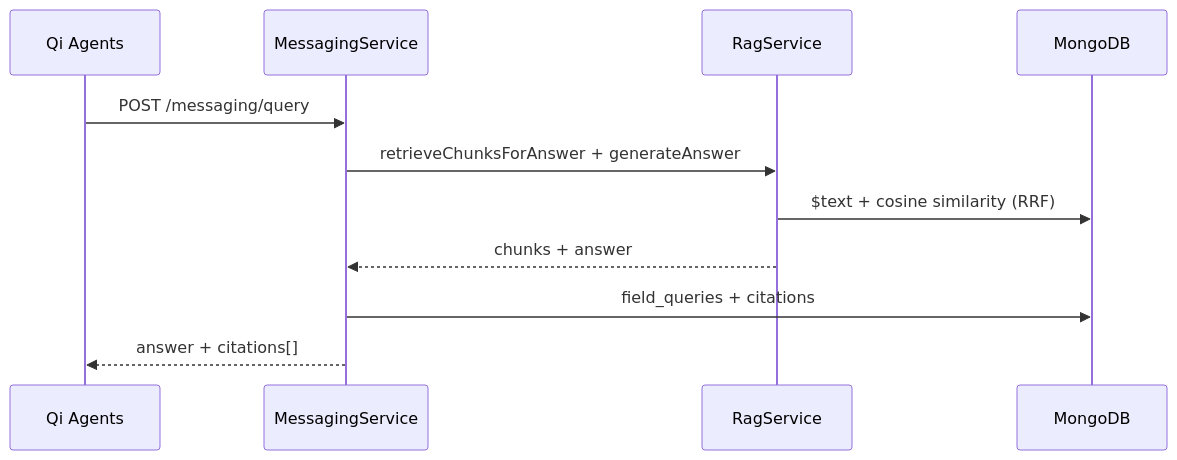
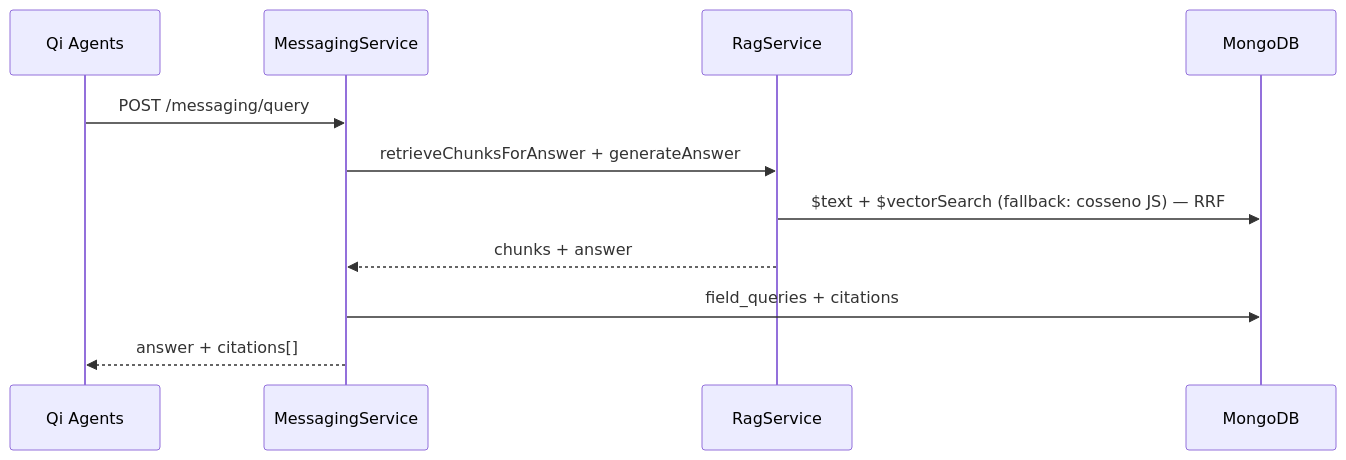
Before and after one commit to rflsc/qi-conhecimento: the second of 2 diagrams in docs/architecture/messaging.md, drawn with Mermaid. The commit also changed other lines of this file and 7 other files, not shown here.

First line of the commit message:
perf(rag): use Atlas Vector Search and trim retrieval cost

````diff
--- a/docs/architecture/messaging.md
+++ b/docs/architecture/messaging.md
@@ -77,27 +77,27 @@
 ```mermaid
 
 sequenceDiagram
 
   participant A as Qi Agents
 
   participant M as MessagingService
 
   participant R as RagService
 
   participant DB as MongoDB
 
 
 
   A->>M: POST /messaging/query
 
   M->>R: retrieveChunksForAnswer + generateAnswer
 
-  R->>DB: $text + cosine similarity (RRF)
+  R->>DB: $text + $vectorSearch (fallback: cosseno JS) — RRF
 
   R-->>M: chunks + answer
 
   M->>DB: field_queries + citations
 
   M-->>A: answer + citations[]
 
 ```
````
